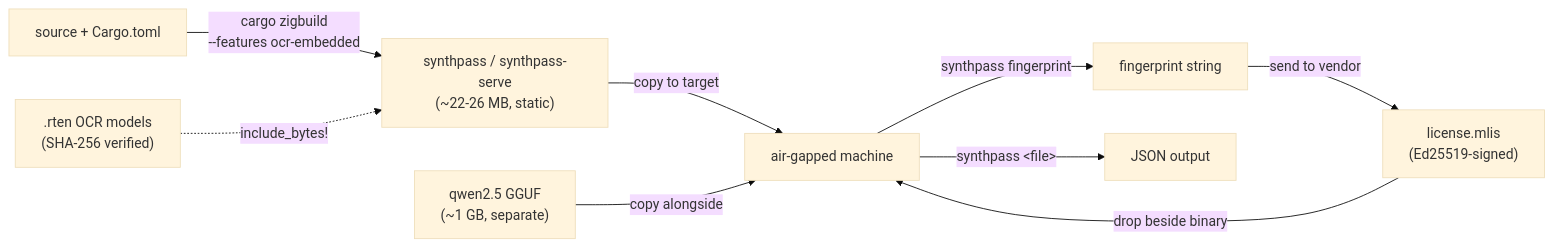
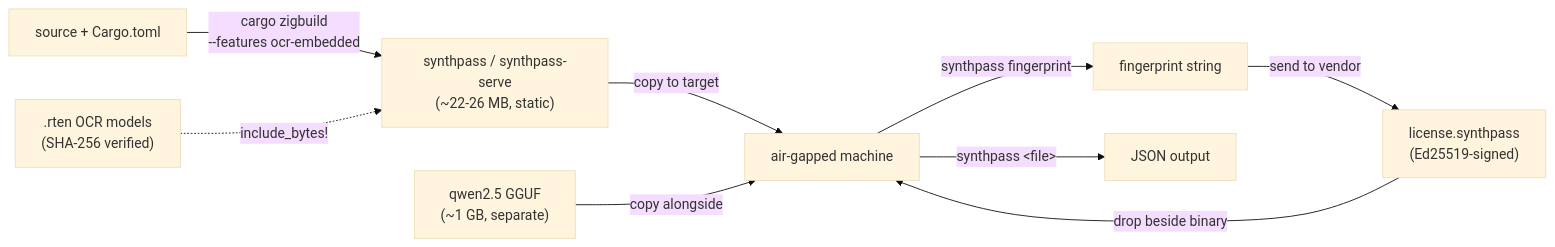
The third of 3 diagrams in knowledge/ARCHITECTURE.md (ruledicaprio/SynthPass), drawn with Mermaid (base theme) before and after one commit. The commit also changed other lines of this file and 9 other files, not shown here.

First line of the commit message:
refactor(license): drop the pre-rename MLIS name from licence files (#500)

````diff
--- a/knowledge/ARCHITECTURE.md
+++ b/knowledge/ARCHITECTURE.md
@@ -234,11 +234,11 @@
 ```mermaid
 flowchart LR
     SRC["source + Cargo.toml"] -->|"cargo zigbuild<br/>--features ocr-embedded"| BIN["synthpass / synthpass-serve<br/>(~22-26 MB, static)"]
     RTEN[".rten OCR models<br/>(SHA-256 verified)"] -.->|"include_bytes!"| BIN
     BIN -->|"copy to target"| AIR["air-gapped machine"]
     GGUF["qwen2.5 GGUF<br/>(~1 GB, separate)"] -->|"copy alongside"| AIR
     AIR -->|"synthpass fingerprint"| FP["fingerprint string"]
-    FP -->|"send to vendor"| LIC["license.mlis<br/>(Ed25519-signed)"]
+    FP -->|"send to vendor"| LIC["license.synthpass<br/>(Ed25519-signed)"]
     LIC -->|"drop beside binary"| AIR
     AIR -->|"synthpass &lt;file&gt;"| OUT["JSON output"]
 ```
````
